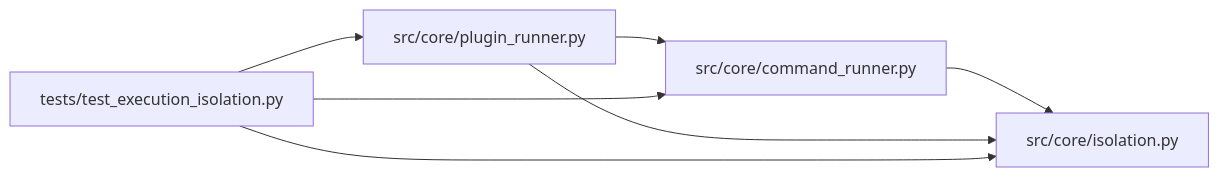
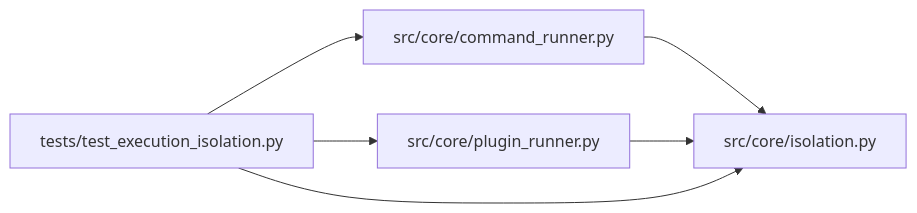
The diagram in docs/llm_wiki/modules/isolation.md (Denissvgn/autoresearch-agent), drawn with Mermaid before and after one commit. The commit also changed 37 other files, not shown here.

````diff
--- a/docs/llm_wiki/modules/isolation.md
+++ b/docs/llm_wiki/modules/isolation.md
@@ -58,17 +58,16 @@
 ```mermaid
 flowchart LR
     n0["src/core/command_runner.py"]
     n1["src/core/isolation.py"]
     n2["src/core/plugin_runner.py"]
     n3["tests/test_execution_isolation.py"]
     n0 --> n1
-    n2 --> n0
     n2 --> n1
     n3 --> n0
     n3 --> n1
     n3 --> n2
     click n0 "../modules/command_runner.md"
     click n1 "../modules/isolation.md"
     click n2 "../modules/plugin_runner.md"
     click n3 "../modules/test_execution_isolation.md"
 ```
````
